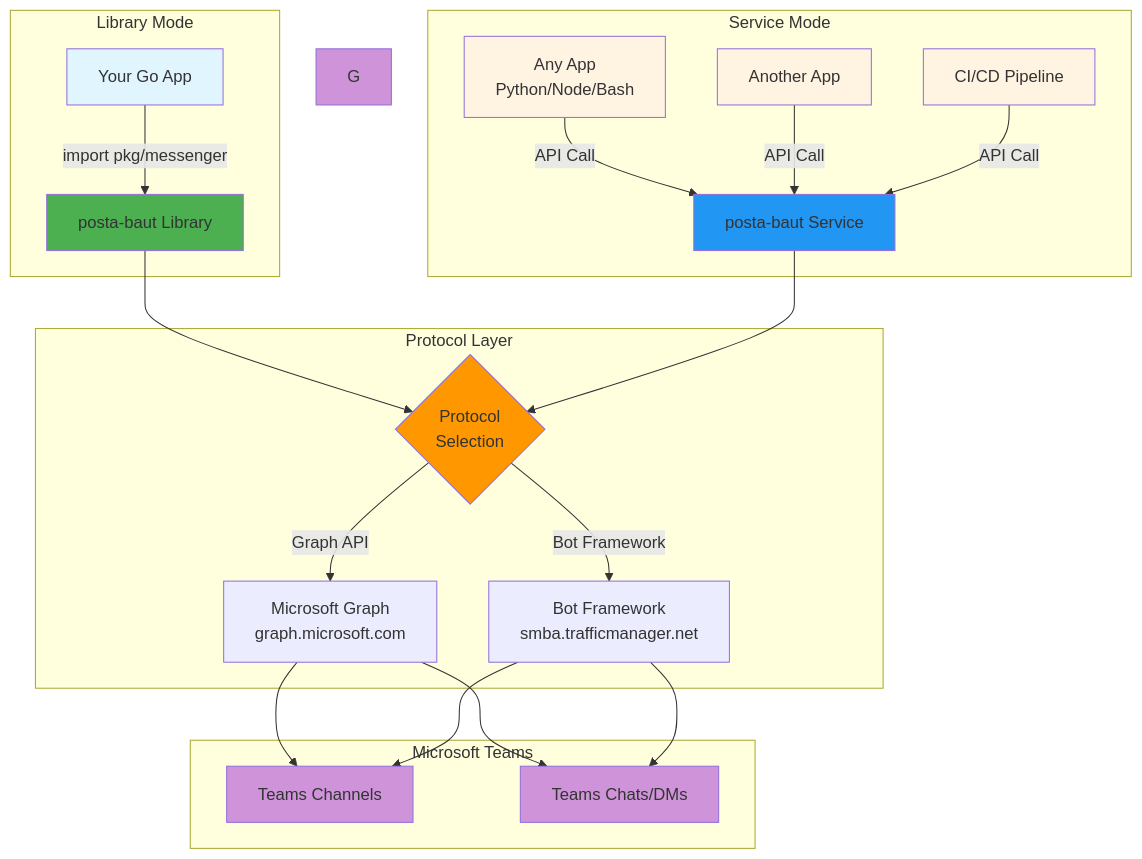
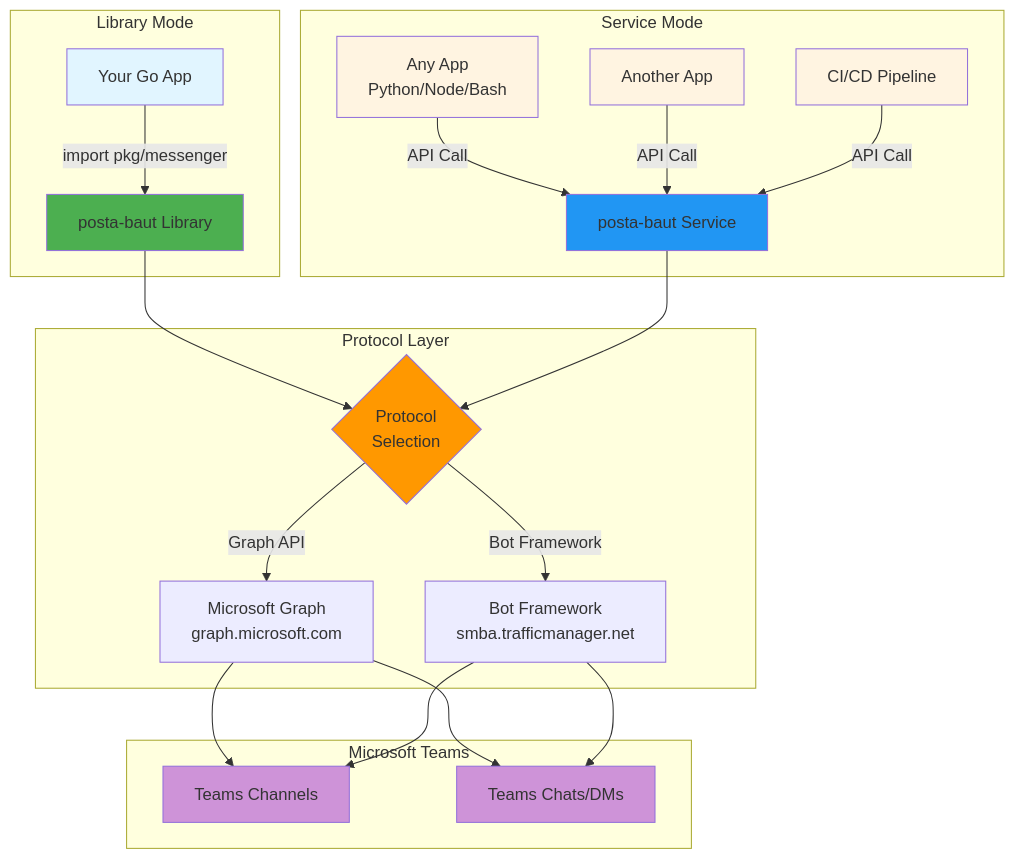
One commit to bautistv/posta-baut changed the diagram in README.md. Above: the diagram before and after it, drawn with Mermaid.

Commit message:
clean floating G block

````diff
--- a/README.md
+++ b/README.md
@@ -21,37 +21,36 @@
 ```mermaid
 graph TB
     subgraph "Library Mode"
         A1[Your Go App] -->|import pkg/messenger| B1[posta-baut Library]
     end
 
     subgraph "Service Mode"
         A2[Any App<br/>Python/Node/Bash] -->|API Call| B2[posta-baut Service]
         A3[Another App] -->|API Call| B2
         A4[CI/CD Pipeline] -->|API Call| B2
     end
 
     subgraph "Protocol Layer"
         B1 --> C{Protocol<br/>Selection}
         B2 --> C
         C -->|Graph API| D1[Microsoft Graph<br/>graph.microsoft.com]
         C -->|Bot Framework| D2[Bot Framework<br/>smba.trafficmanager.net]
     end
 
     subgraph "Microsoft Teams"
         D1 --> E[Teams Channels]
         D1 --> F[Teams Chats/DMs]
         D2 --> E
         D2 --> F
     end
 
     style A1 fill:#e1f5ff
     style A2 fill:#fff4e1
     style A3 fill:#fff4e1
     style A4 fill:#fff4e1
     style B1 fill:#4CAF50
     style B2 fill:#2196F3
     style C fill:#FF9800
     style E fill:#CE93D8
     style F fill:#CE93D8
-    style G fill:#CE93D8
 ```
````
